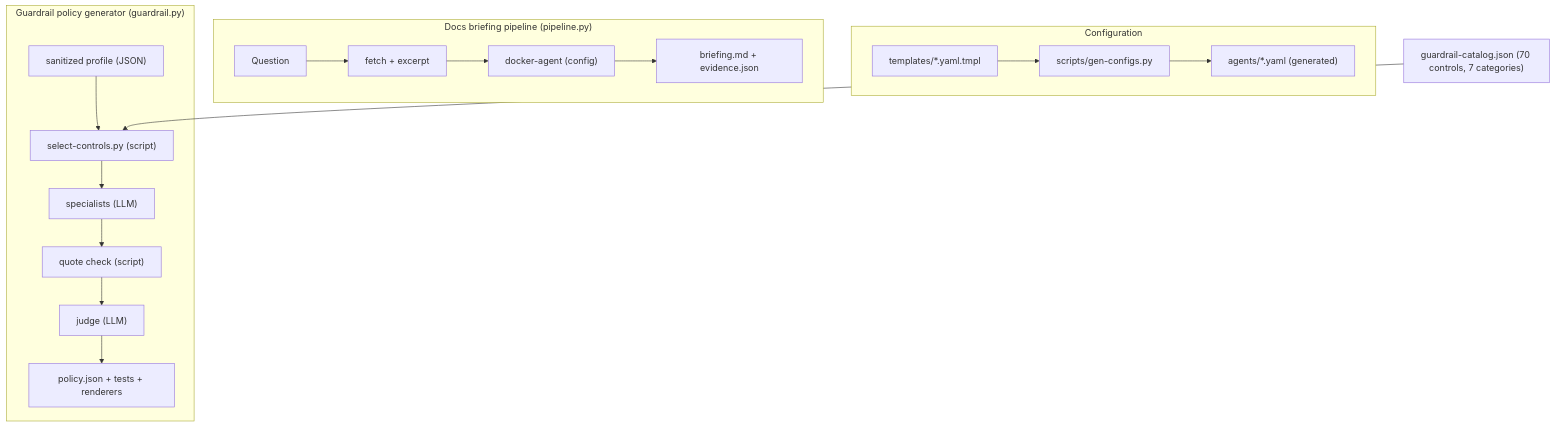
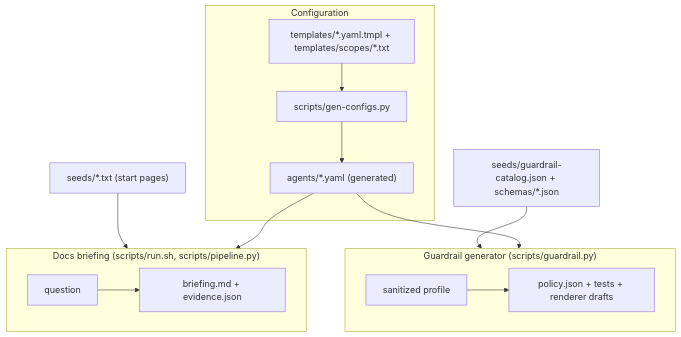
Before and after one commit to arifbazli/docker-agent-prisma-cortex: the first of 2 diagrams in docs/architecture.md, drawn with Mermaid. The commit also changed other lines of this file and 5 other files, not shown here.

Commit message:
docs: rewrite README; move details into docs/guardrail-generator.md, docs-briefing.md, settings.md; add docs link/path test (#3)

````diff
--- a/docs/architecture.md
+++ b/docs/architecture.md
@@ -15,30 +11,22 @@
 ```mermaid
 flowchart TB
     subgraph Config["Configuration"]
-        T["templates/*.yaml.tmpl"]
+        T["templates/*.yaml.tmpl + templates/scopes/*.txt"]
         G["scripts/gen-configs.py"]
         A["agents/*.yaml (generated)"]
         T --> G --> A
     end
 
-    subgraph Briefing["Docs briefing pipeline (pipeline.py)"]
-        Q["Question"]
-        P1["fetch + excerpt"]
-        D["docker-agent (config)"]
-        B["briefing.md + evidence.json"]
-        Q --> P1 --> D --> B
+    subgraph Briefing["Docs briefing (scripts/run.sh, scripts/pipeline.py)"]
+        Q["question"] --> B["briefing.md + evidence.json"]
     end
 
-    subgraph Guardrail["Guardrail policy generator (guardrail.py)"]
-        Prof["sanitized profile (JSON)"]
-        Sel["select-controls.py (script)"]
-        Sp["specialists (LLM)"]
-        Qc["quote check (script)"]
-        J["judge (LLM)"]
-        Pol["policy.json + tests + renderers"]
-        Prof --> Sel --> Sp --> Qc --> J --> Pol
+    subgraph Guardrail["Guardrail generator (scripts/guardrail.py)"]
+        Prof["sanitized profile"] --> Pol["policy.json + tests + renderer drafts"]
     end
 
-    Cat["guardrail-catalog.json (70 controls, 7 categories)"]
-    Cat --> Sel
+    Seeds["seeds/*.txt (start pages)"] --> Briefing
+    Cat["seeds/guardrail-catalog.json + schemas/*.json"] --> Guardrail
+    A --> Briefing
+    A --> Guardrail
 ```
````
